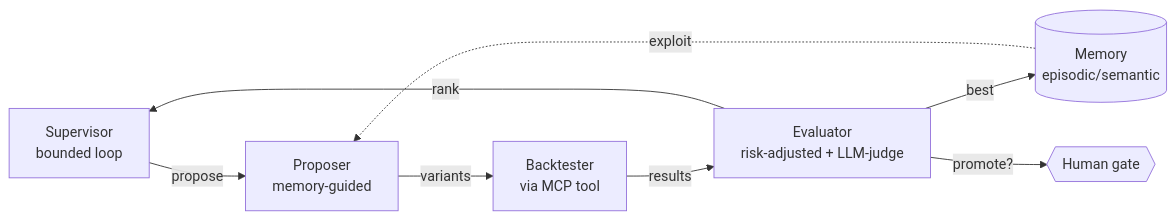
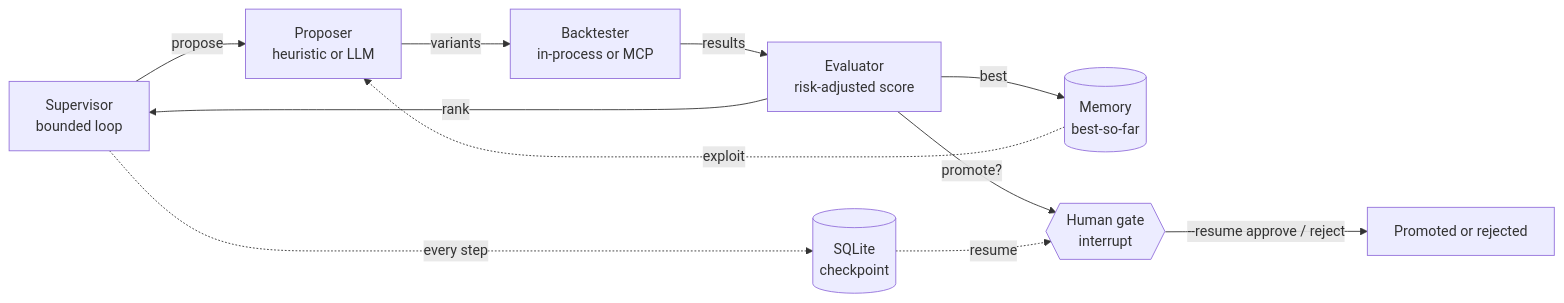
One commit to hemantsadhwani/yantra-research-lab changed the diagram in README.md. Above: the diagram before and after it, drawn with Mermaid. The commit also changed other lines of this file and 15 other files, not shown here.

````diff
--- a/README.md
+++ b/README.md
@@ -61,10 +86,13 @@
 ```mermaid
 flowchart LR
-  S[Supervisor<br/>bounded loop] -->|propose| P[Proposer<br/>memory-guided]
-  P -->|variants| B[Backtester<br/>via MCP tool]
-  B -->|results| E[Evaluator<br/>risk-adjusted + LLM-judge]
+  S[Supervisor<br/>bounded loop] -->|propose| P[Proposer<br/>heuristic or LLM]
+  P -->|variants| B[Backtester<br/>in-process or MCP]
+  B -->|results| E[Evaluator<br/>risk-adjusted score]
   E -->|rank| S
-  E -->|best| M[(Memory<br/>episodic/semantic)]
+  E -->|best| M[(Memory<br/>best-so-far)]
   M -.exploit.-> P
-  E -->|promote?| H{{Human gate}}
+  S -.every step.-> C[(SQLite<br/>checkpoint)]
+  E -->|promote?| H{{Human gate<br/>interrupt}}
+  H -->|--resume approve / reject| R[Promoted or rejected]
+  C -.resume.-> H
 ```
````
